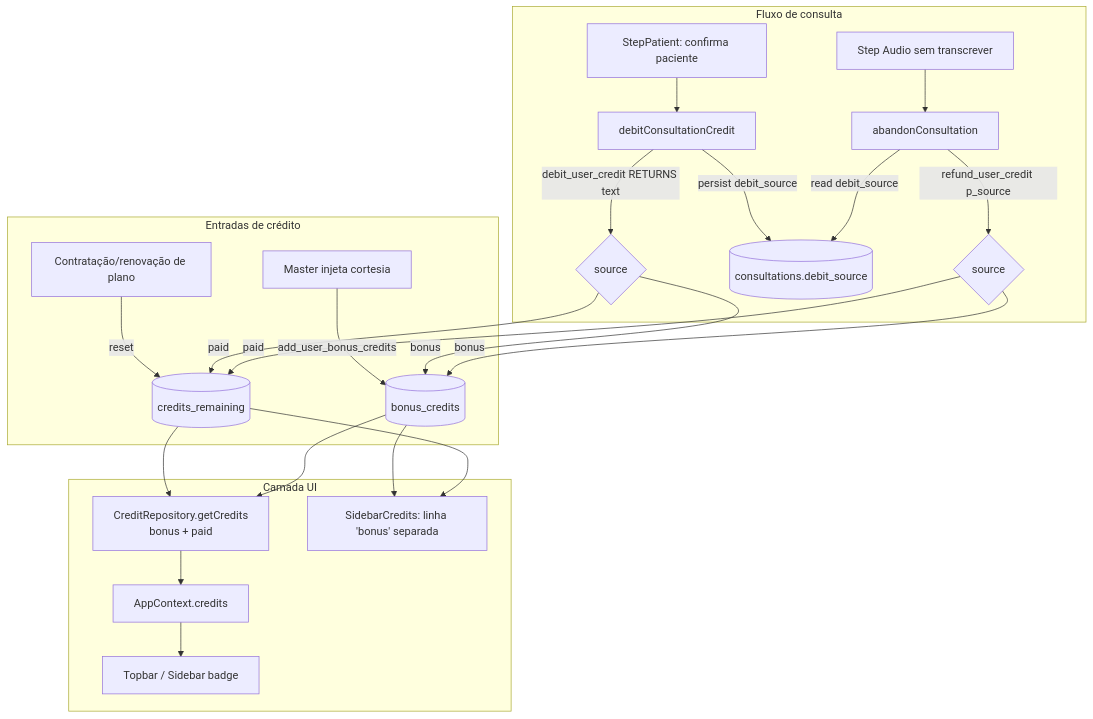
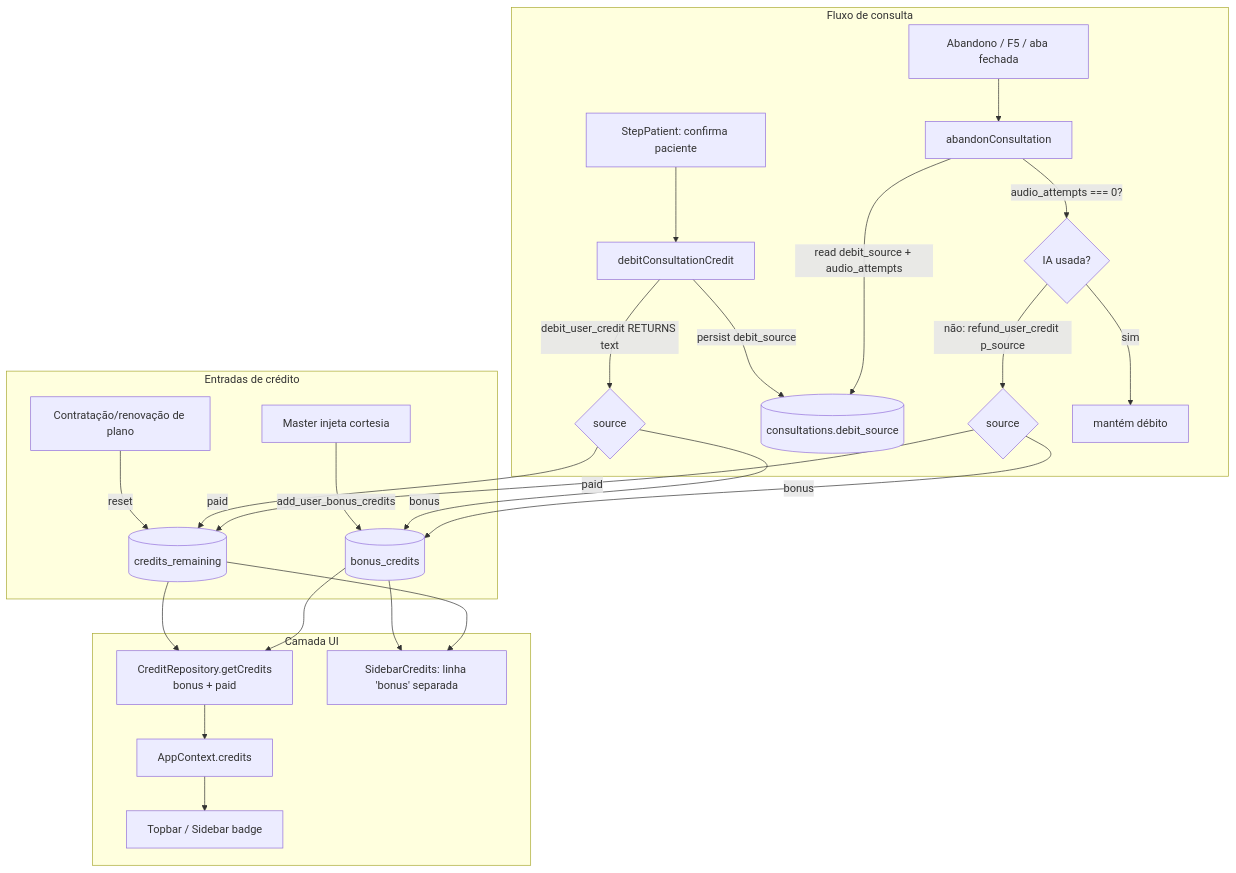
Before and after one commit to Startiatech/anamnsese-ia: the eighth of 15 diagrams in docs/architecture.md, drawn with Mermaid. The commit also changed other lines of this file and 1 other file, not shown here.

Commit message:
docs(arquitetura): documenta reconciliacao de atendimento orfao + build-doc

````diff
--- a/docs/architecture.md
+++ b/docs/architecture.md
@@ -251,29 +255,31 @@
 ```mermaid
 flowchart TD
     subgraph Origens["Entradas de crédito"]
         A1[Contratação/renovação de plano] -->|reset| CR[(credits_remaining)]
         A2[Master injeta cortesia] -->|add_user_bonus_credits| BC[(bonus_credits)]
     end
 
     subgraph Consumo["Fluxo de consulta"]
         F[StepPatient: confirma paciente] --> G[debitConsultationCredit]
         G -->|debit_user_credit RETURNS text| SRC{source}
         SRC -->|bonus| BC
         SRC -->|paid| CR
         G -->|persist debit_source| CONS[(consultations.debit_source)]
-        F2[Step Audio sem transcrever] --> AB[abandonConsultation]
-        AB -->|read debit_source| CONS
-        AB -->|refund_user_credit p_source| REFUND{source}
+        F2[Abandono / F5 / aba fechada] --> AB[abandonConsultation]
+        AB -->|read debit_source + audio_attempts| CONS
+        AB -->|audio_attempts === 0?| GATE{IA usada?}
+        GATE -->|não: refund_user_credit p_source| REFUND{source}
+        GATE -->|sim| NOOP[mantém débito]
         REFUND -->|bonus| BC
         REFUND -->|paid| CR
     end
 
     subgraph UI["Camada UI"]
         CR --> SUM[CreditRepository.getCredits<br/>bonus + paid]
         BC --> SUM
         SUM --> CTX[AppContext.credits]
         CTX --> TB[Topbar / Sidebar badge]
         BC --> SB[SidebarCredits: linha 'bonus' separada]
         CR --> SB
     end
 ```
````
